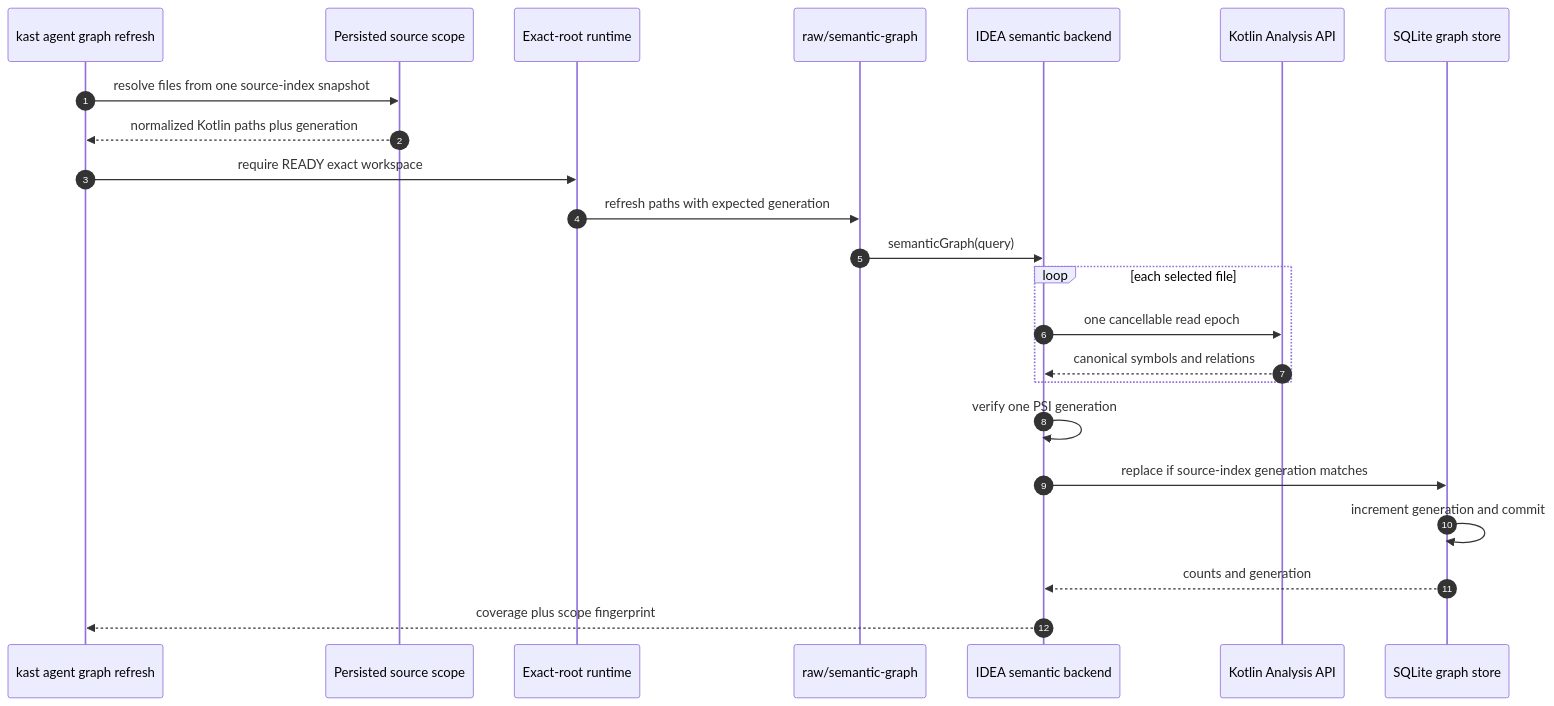
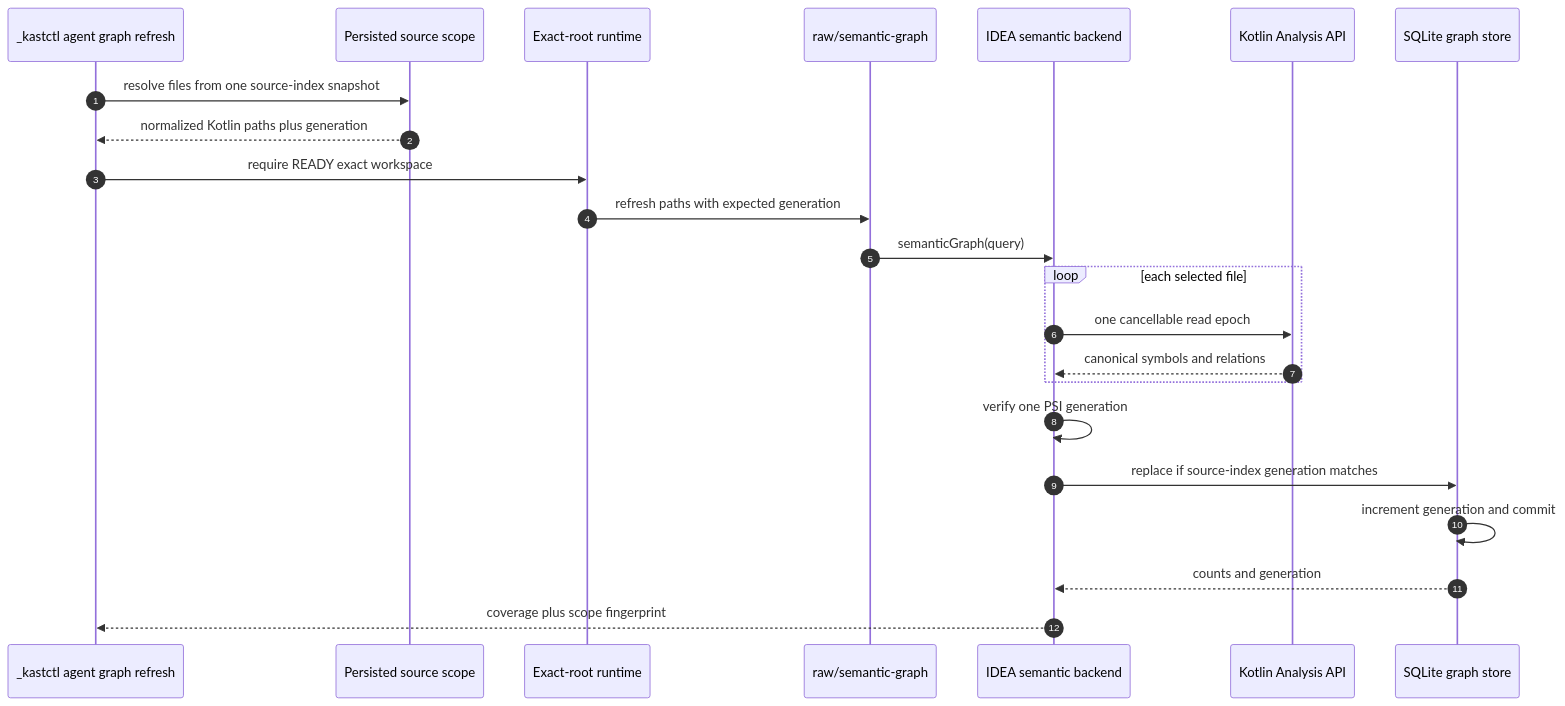
The second of 2 diagrams in docs/internal/idea-integration/flows/graph-queries.md (amichne/kast), drawn with Mermaid before and after one commit. The commit also changed 16 other files, not shown here.

Commit message:
docs: teach the kast agent-only surface

````diff
--- a/docs/internal/idea-integration/flows/graph-queries.md
+++ b/docs/internal/idea-integration/flows/graph-queries.md
@@ -80,26 +80,26 @@
 ```mermaid
 sequenceDiagram
     autonumber
-    participant CLI as kast agent graph refresh
+    participant CLI as _kastctl agent graph refresh
     participant Scope as Persisted source scope
     participant Runtime as Exact-root runtime
     participant RPC as raw/semantic-graph
     participant IDEA as IDEA semantic backend
     participant Compiler as Kotlin Analysis API
     participant Store as SQLite graph store
 
     CLI->>Scope: resolve files from one source-index snapshot
     Scope-->>CLI: normalized Kotlin paths plus generation
     CLI->>Runtime: require READY exact workspace
     Runtime->>RPC: refresh paths with expected generation
     RPC->>IDEA: semanticGraph(query)
     loop each selected file
         IDEA->>Compiler: one cancellable read epoch
         Compiler-->>IDEA: canonical symbols and relations
     end
     IDEA->>IDEA: verify one PSI generation
     IDEA->>Store: replace if source-index generation matches
     Store->>Store: increment generation and commit
     Store-->>IDEA: counts and generation
     IDEA-->>CLI: coverage plus scope fingerprint
 ```
````
